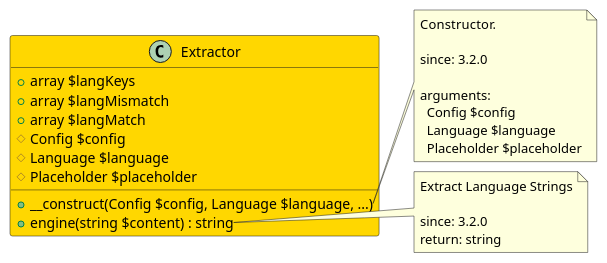
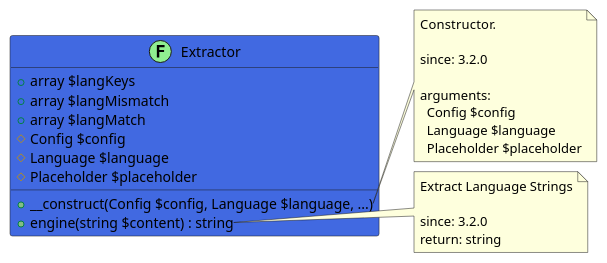
Before and after one commit to joomengine/jcb-compiler: the diagram in src/d33b9278-c409-4aec-a047-b72f56712391/README.md, drawn with PlantUML. The commit also changed other lines of this file and 213 other files, not shown here.

````diff
--- a/src/d33b9278-c409-4aec-a047-b72f56712391/README.md
+++ b/src/d33b9278-c409-4aec-a047-b72f56712391/README.md
@@ -12,33 +12,33 @@
 ```uml
 @startuml
-class Extractor  #Gold {
+class Extractor << (F,LightGreen) >> #RoyalBlue {
   + array $langKeys
   + array $langMismatch
   + array $langMatch
   # Config $config
   # Language $language
   # Placeholder $placeholder
   + __construct(Config $config, Language $language, ...)
   + engine(string $content) : string
 }
 
 note right of Extractor::__construct
   Constructor.
 
   since: 3.2.0
   
   arguments:
     Config $config
     Language $language
     Placeholder $placeholder
 end note
 
 note right of Extractor::engine
   Extract Language Strings
 
   since: 3.2.0
   return: string
 end note
  
 @enduml
 ```
````
